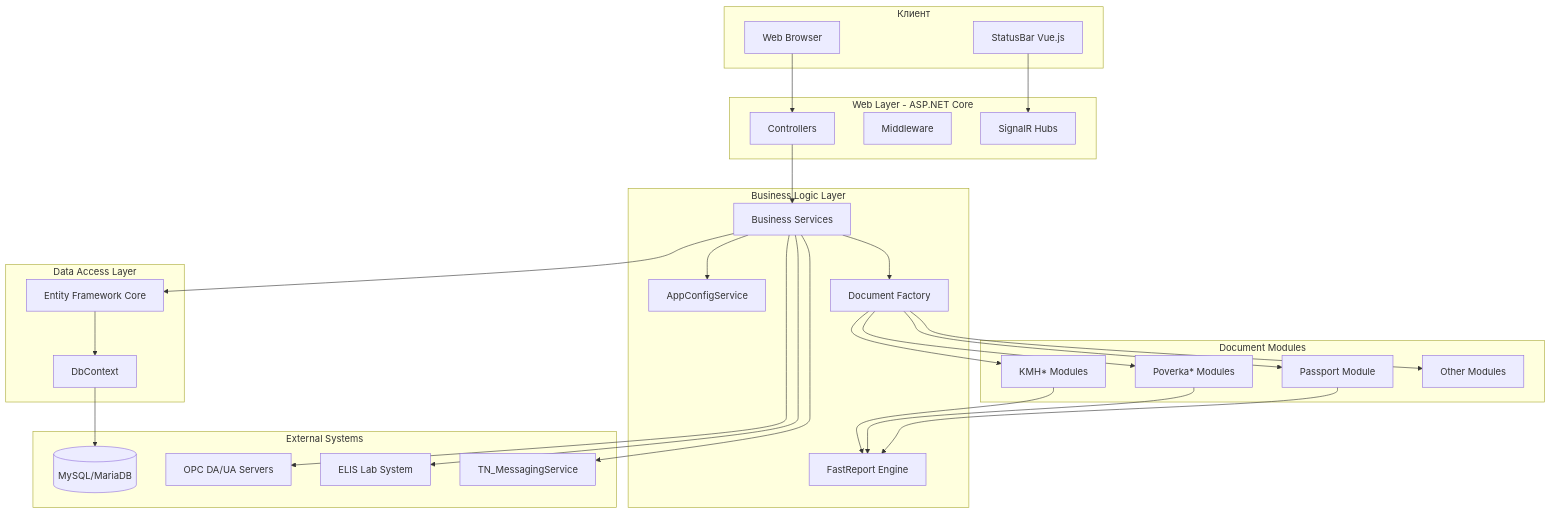
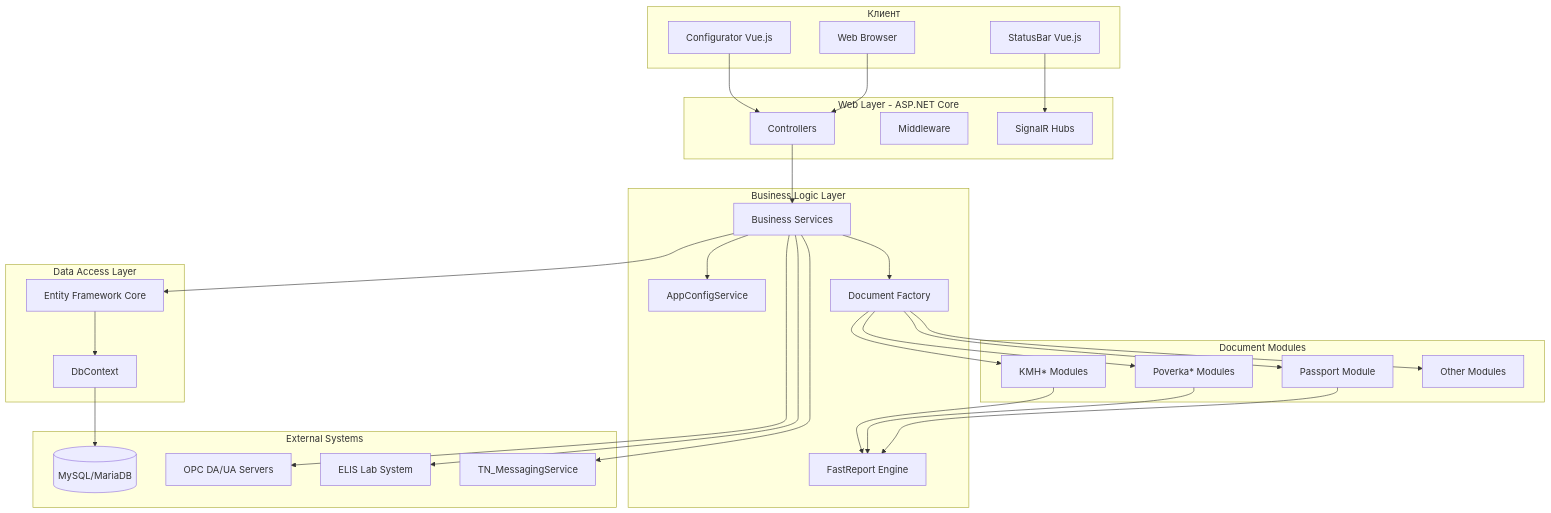
Before and after one commit to tn-ivk/tn-doc: the first of 10 diagrams in docs/architecture/overview.md, drawn with Mermaid. The commit also changed other lines of this file and 9 other files, not shown here.

````diff
--- a/docs/architecture/overview.md
+++ b/docs/architecture/overview.md
@@ -9,58 +9,60 @@
 ```mermaid
 graph TB
     subgraph "Клиент"
         Browser[Web Browser]
         StatusBar[StatusBar Vue.js]
+        Configurator[Configurator Vue.js]
     end
 
     subgraph "Web Layer - ASP.NET Core"
         Controllers[Controllers]
         Middleware[Middleware]
         SignalR[SignalR Hubs]
     end
 
     subgraph "Business Logic Layer"
         AppConfig[AppConfigService]
         DocFactory[Document Factory]
         Services[Business Services]
         FastReport[FastReport Engine]
     end
 
     subgraph "Data Access Layer"
         EF[Entity Framework Core]
         DbContext[DbContext]
     end
 
     subgraph "Document Modules"
         Passport[Passport Module]
         Poverka[Poverka* Modules]
         KMH[KMH* Modules]
         Other[Other Modules]
     end
 
     subgraph "External Systems"
         MySQL[(MySQL/MariaDB)]
         OPC[OPC DA/UA Servers]
         ELIS[ELIS Lab System]
         MessagingService[TN_MessagingService]
     end
 
     Browser --> Controllers
     StatusBar --> SignalR
+    Configurator --> Controllers
     Controllers --> Services
     Services --> AppConfig
     Services --> DocFactory
     DocFactory --> Passport
     DocFactory --> Poverka
     DocFactory --> KMH
     DocFactory --> Other
     Passport --> FastReport
     Poverka --> FastReport
     KMH --> FastReport
     Services --> EF
     EF --> DbContext
     DbContext --> MySQL
     Services --> OPC
     Services --> ELIS
     Services --> MessagingService
 ```
````
